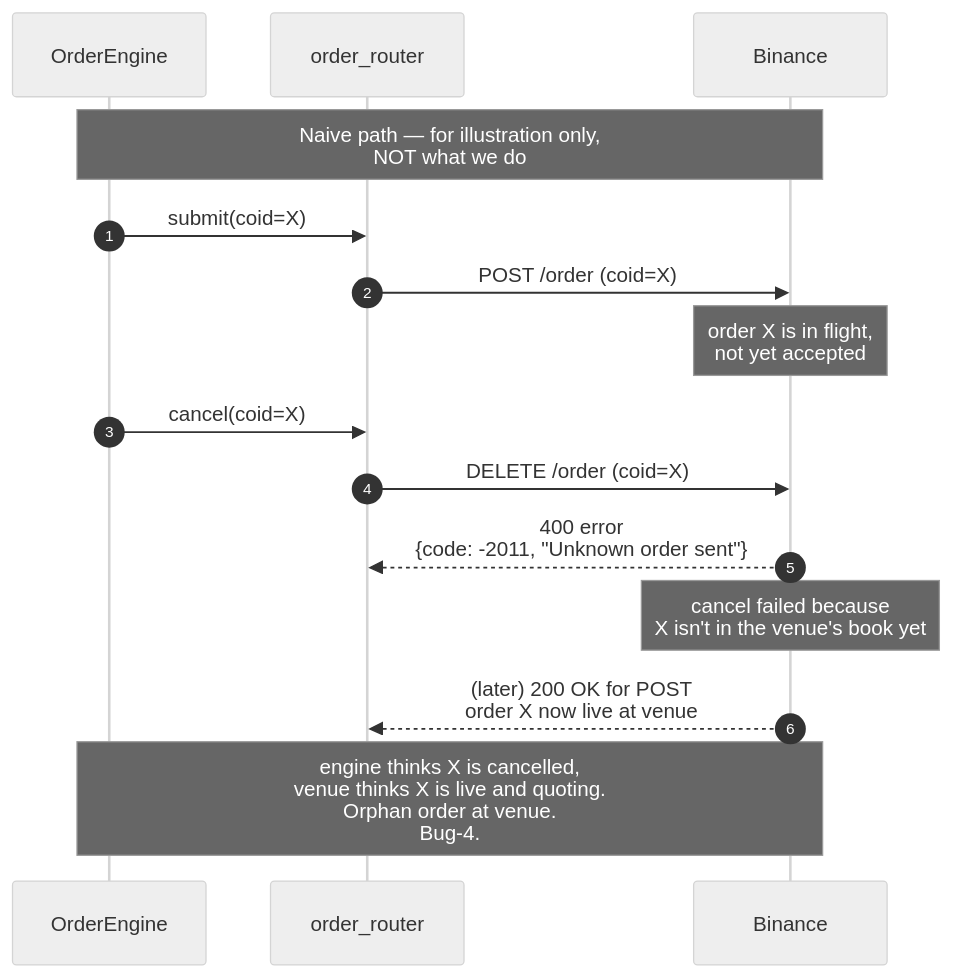
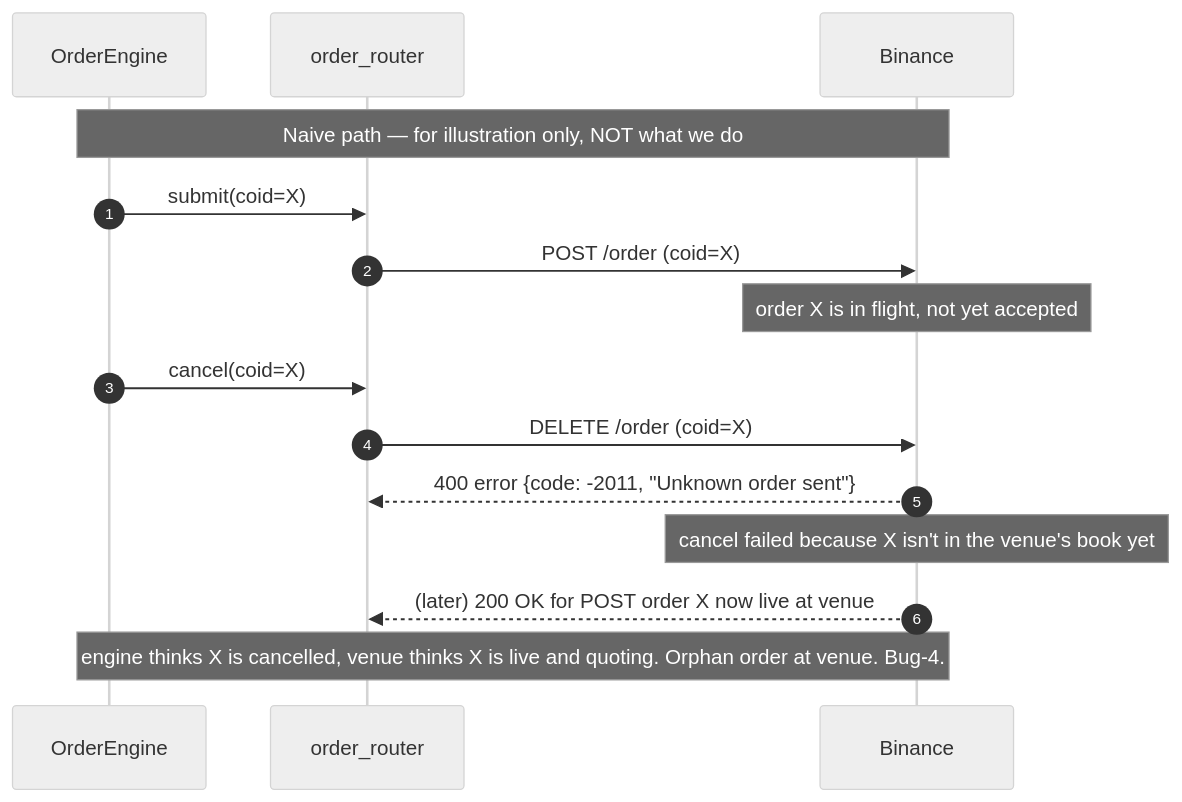
Before and after one commit to sardis-trading/trading-architecture: the first of 2 diagrams in 03-flows/cancel-on-ack.md, drawn with Mermaid (neutral theme). The commit also changed other lines of this file and 5 other files, not shown here.

````diff
--- a/03-flows/cancel-on-ack.md
+++ b/03-flows/cancel-on-ack.md
@@ -9,18 +9,18 @@
 ```mermaid
 sequenceDiagram
     autonumber
     participant OE as OrderEngine
     participant OR as order_router
     participant Bin as Binance
 
-    Note over OE,Bin: Naive path — for illustration only,<br>NOT what we do
+    Note over OE,Bin: Naive path — for illustration only, NOT what we do
     OE->>OR: submit(coid=X)
     OR->>Bin: POST /order (coid=X)
-    Note over Bin: order X is in flight,<br>not yet accepted
+    Note over Bin: order X is in flight, not yet accepted
     OE->>OR: cancel(coid=X)
     OR->>Bin: DELETE /order (coid=X)
-    Bin-->>OR: 400 error<br>{code: -2011, "Unknown order sent"}
-    Note over Bin: cancel failed because<br>X isn't in the venue's book yet
-    Bin-->>OR: (later) 200 OK for POST<br>order X now live at venue
-    Note over OE,Bin: engine thinks X is cancelled,<br>venue thinks X is live and quoting.<br>Orphan order at venue.<br>Bug-4.
+    Bin-->>OR: 400 error {code: -2011, "Unknown order sent"}
+    Note over Bin: cancel failed because X isn't in the venue's book yet
+    Bin-->>OR: (later) 200 OK for POST order X now live at venue
+    Note over OE,Bin: engine thinks X is cancelled, venue thinks X is live and quoting. Orphan order at venue. Bug-4.
 ```
````
